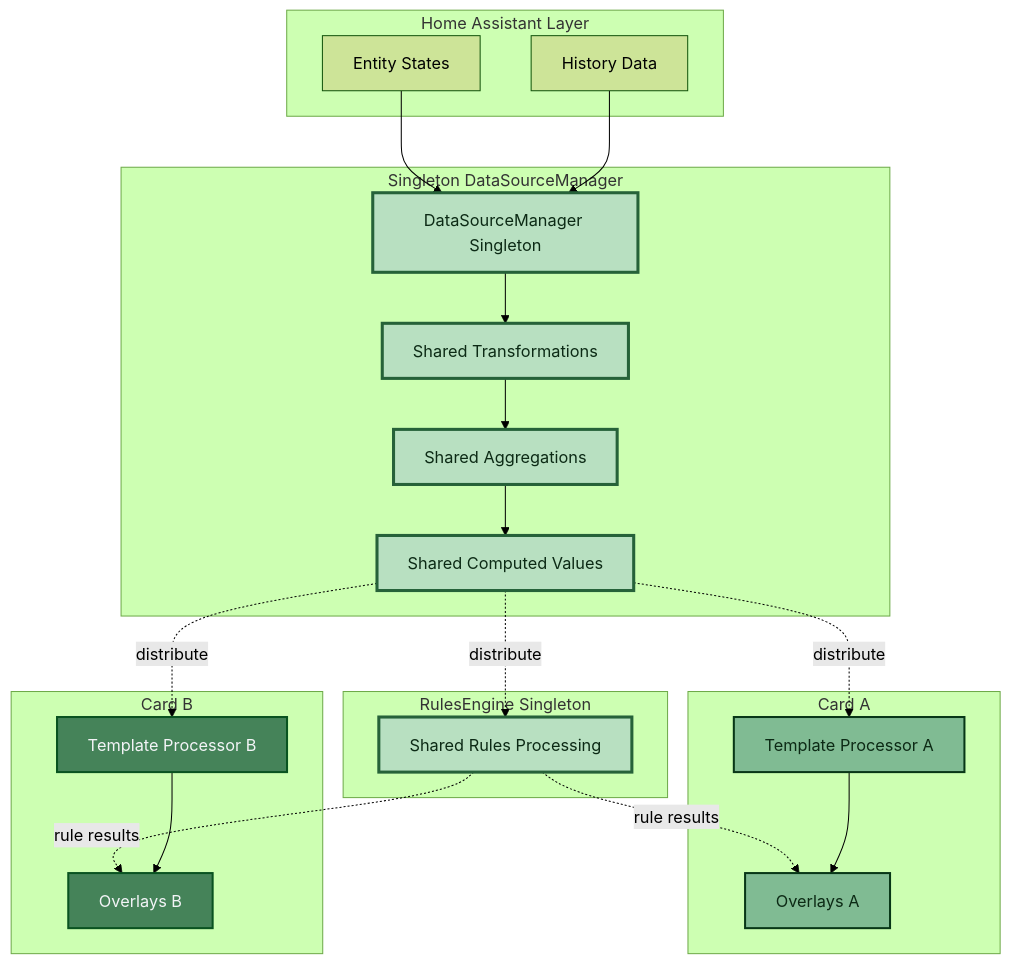
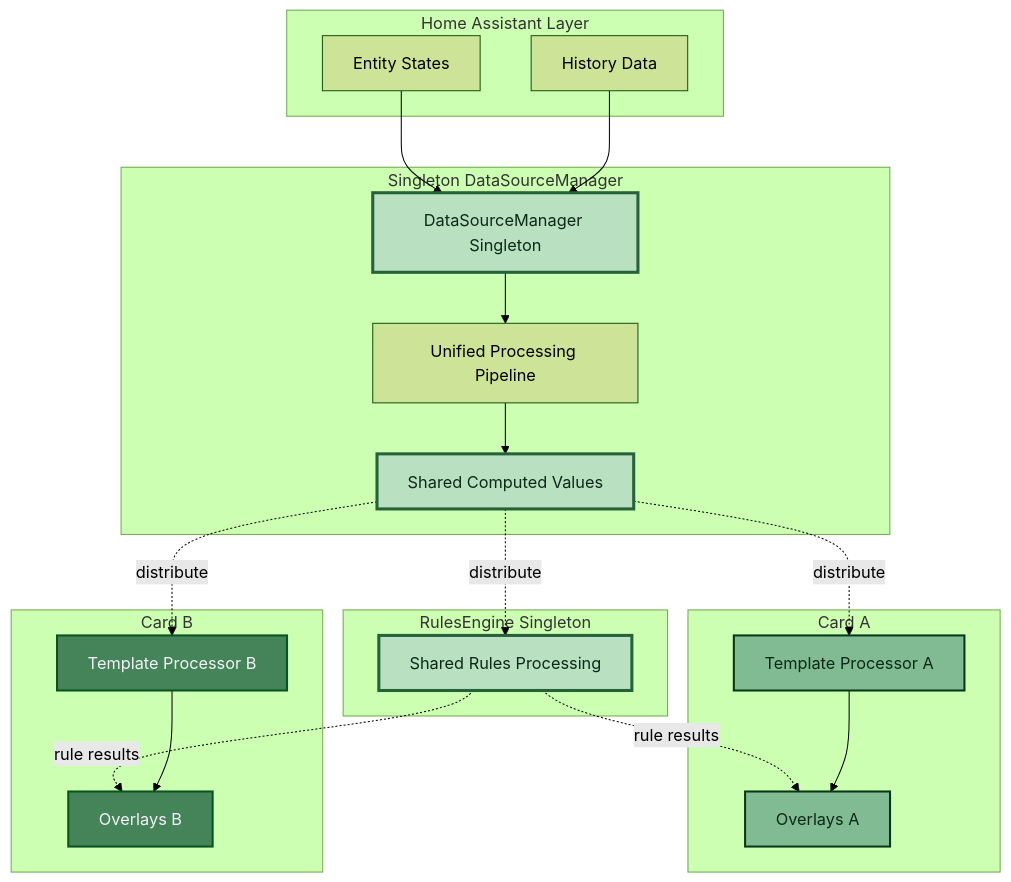
The first of 8 diagrams in doc/architecture/subsystems/datasource-system.md (solhuebner/lcards), drawn with Mermaid (forest theme) before and after one commit. The commit also changed other lines of this file and 61 other files, not shown here.

````diff
--- a/doc/architecture/subsystems/datasource-system.md
+++ b/doc/architecture/subsystems/datasource-system.md
@@ -12,52 +12,50 @@
 ```mermaid
 graph TB
     subgraph "Home Assistant Layer"
         Entities[Entity States]
         History[History Data]
     end
 
     subgraph "Singleton DataSourceManager"
         DSM[DataSourceManager Singleton]
-        Transform[Shared Transformations]
-        Aggregate[Shared Aggregations]
+        Process[Unified Processing Pipeline]
         Compute[Shared Computed Values]
     end
 
     subgraph "Card A"
         TemplatesA[Template Processor A]
         OverlaysA[Overlays A]
     end
 
     subgraph "Card B"
         TemplatesB[Template Processor B]
         OverlaysB[Overlays B]
     end
 
     subgraph "RulesEngine Singleton"
         Rules[Shared Rules Processing]
     end
 
     Entities --> DSM
     History --> DSM
-    DSM --> Transform
-    Transform --> Aggregate
-    Aggregate --> Compute
+    DSM --> Process
+    Process --> Compute
 
     %% Singleton distribution
     Compute -.distribute.-> TemplatesA
     Compute -.distribute.-> TemplatesB
     Compute -.distribute.-> Rules
 
     Rules -.rule results.-> OverlaysA
     Rules -.rule results.-> OverlaysB
     TemplatesA --> OverlaysA
     TemplatesB --> OverlaysB
 
     classDef singleton fill:#b8e0c1,stroke:#266239,stroke-width:3px,color:#0c2a15
     classDef cardA fill:#80bb93,stroke:#083717,stroke-width:2px,color:#0c2a15
     classDef cardB fill:#458359,stroke:#095320,stroke-width:2px,color:#f3f4f7
 
     class DSM,Transform,Aggregate,Compute,Rules singleton
     class TemplatesA,OverlaysA cardA
     class TemplatesB,OverlaysB cardB
 ```
````
